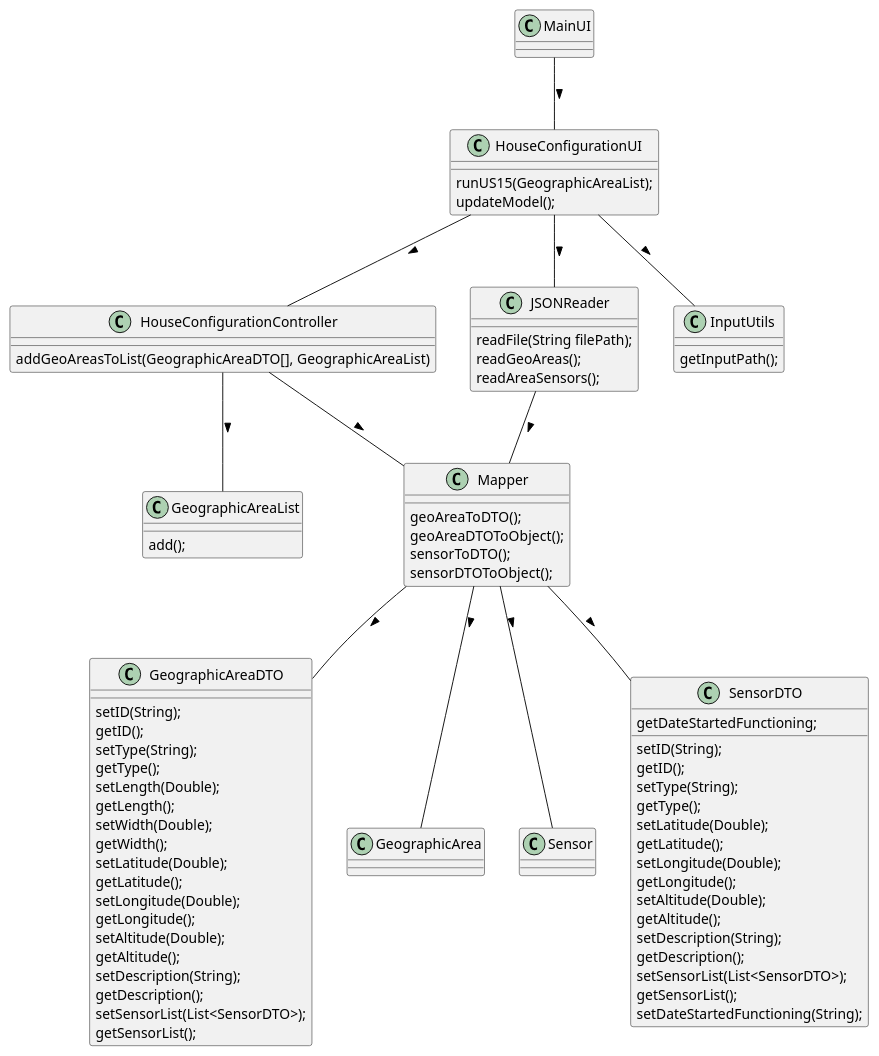
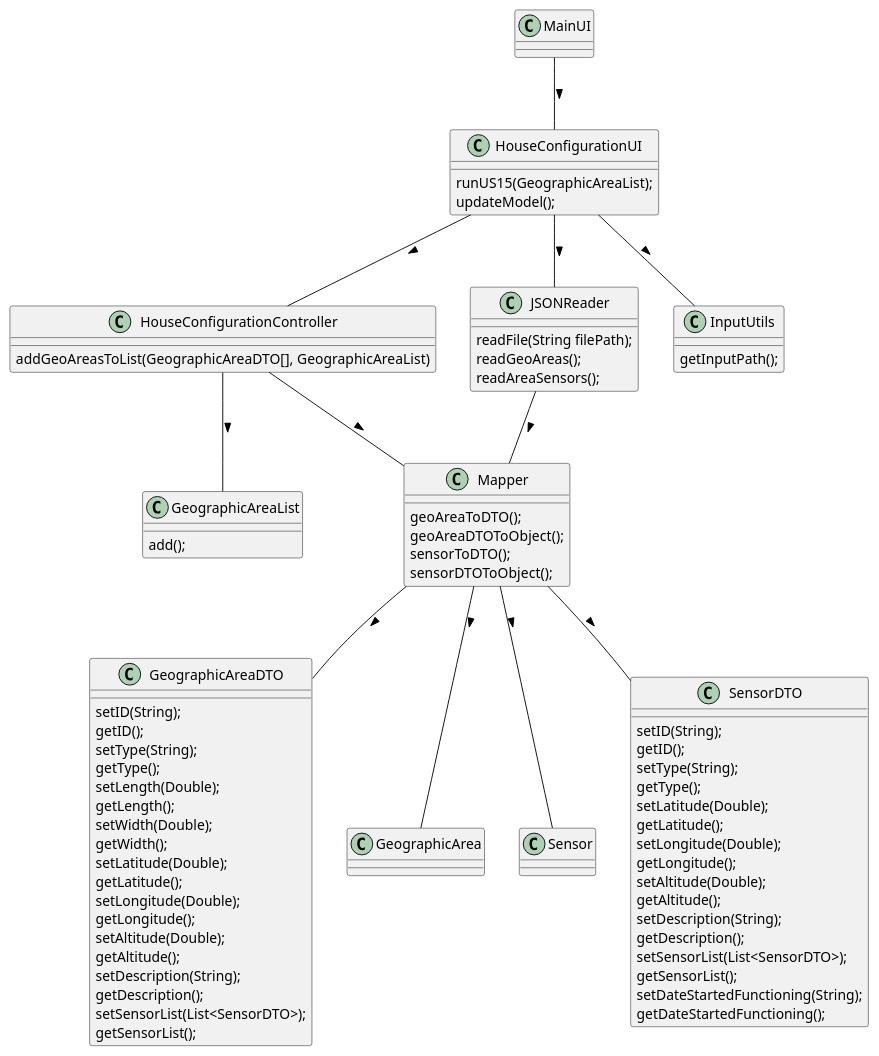
Before and after one commit to Almadanmp/project: the diagram in src/doc/Controllers/HouseConfiguration/US15/US15_cd_HouseConfiguration.puml, drawn with PlantUML. The commit also changed 13 other files, not shown here.

```diff
--- a/src/doc/Controllers/HouseConfiguration/US15/US15_cd_HouseConfiguration.puml
+++ b/src/doc/Controllers/HouseConfiguration/US15/US15_cd_HouseConfiguration.puml
@@ -1,96 +1,96 @@
 @startuml
 
 class HouseConfigurationController
 class HouseConfigurationUI
 class JSONReader
 class Mapper
 class GeographicAreaDTO
 class GeographicAreaList
 class GeographicArea
 class Sensor
 class InputUtils
 
 MainUI -- HouseConfigurationUI : >
 HouseConfigurationUI -- JSONReader : >
 HouseConfigurationUI -- InputUtils : >
 JSONReader -- Mapper : >
 Mapper -- GeographicAreaDTO : >
 HouseConfigurationUI -- HouseConfigurationController : >
 HouseConfigurationController -- Mapper : >
 Mapper -- GeographicArea : >
 Mapper -- Sensor : >
 HouseConfigurationController -- GeographicAreaList : >
 Mapper -- SensorDTO : >
 
 class HouseConfigurationUI {
 runUS15(GeographicAreaList);
 updateModel();
 }
 
 class JSONReader {
 readFile(String filePath);
 readGeoAreas();
 readAreaSensors();
 }
 
 class HouseConfigurationController {
 addGeoAreasToList(GeographicAreaDTO[], GeographicAreaList)
 }
 
 class Mapper {
 geoAreaToDTO();
 geoAreaDTOToObject();
 sensorToDTO();
 sensorDTOToObject();
 }
 
 class GeographicAreaList{
 add();
 }
 
 class InputUtils{
 getInputPath();
 }
 
 
 class GeographicAreaDTO{
 setID(String);
 getID();
 setType(String);
 getType();
 setLength(Double);
 getLength();
 setWidth(Double);
 getWidth();
 setLatitude(Double);
 getLatitude();
 setLongitude(Double);
 getLongitude();
 setAltitude(Double);
 getAltitude();
 setDescription(String);
 getDescription();
 setSensorList(List<SensorDTO>);
 getSensorList();
 }
 
 class SensorDTO{
 setID(String);
 getID();
 setType(String);
 getType();
 setLatitude(Double);
 getLatitude();
 setLongitude(Double);
 getLongitude();
 setAltitude(Double);
 getAltitude();
 setDescription(String);
 getDescription();
 setSensorList(List<SensorDTO>);
 getSensorList();
 setDateStartedFunctioning(String);
-getDateStartedFunctioning;
+getDateStartedFunctioning();
 }
 
 @enduml
```
